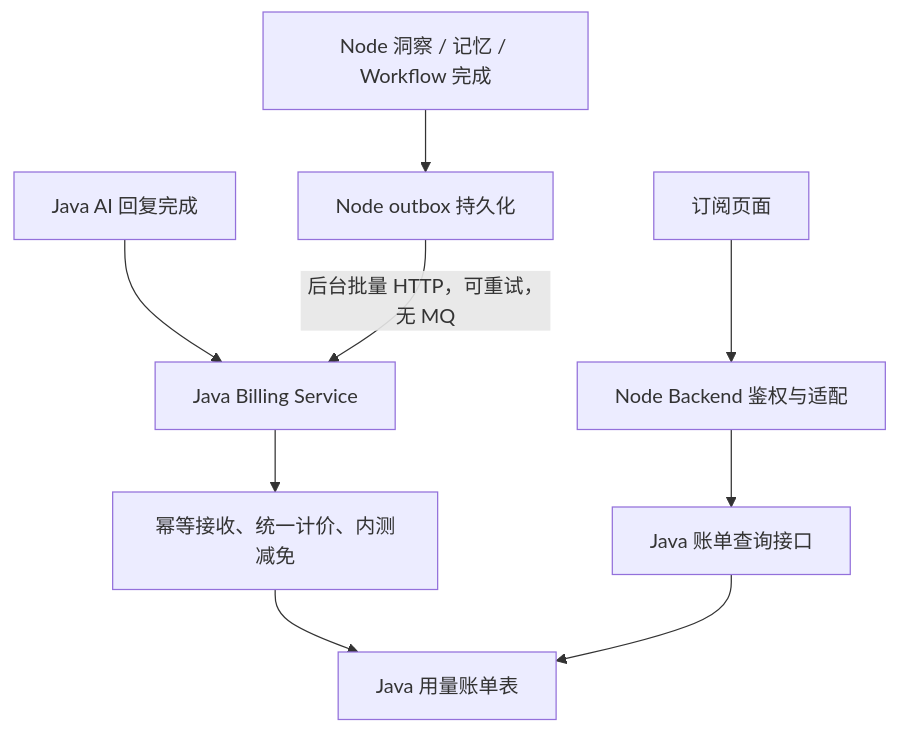
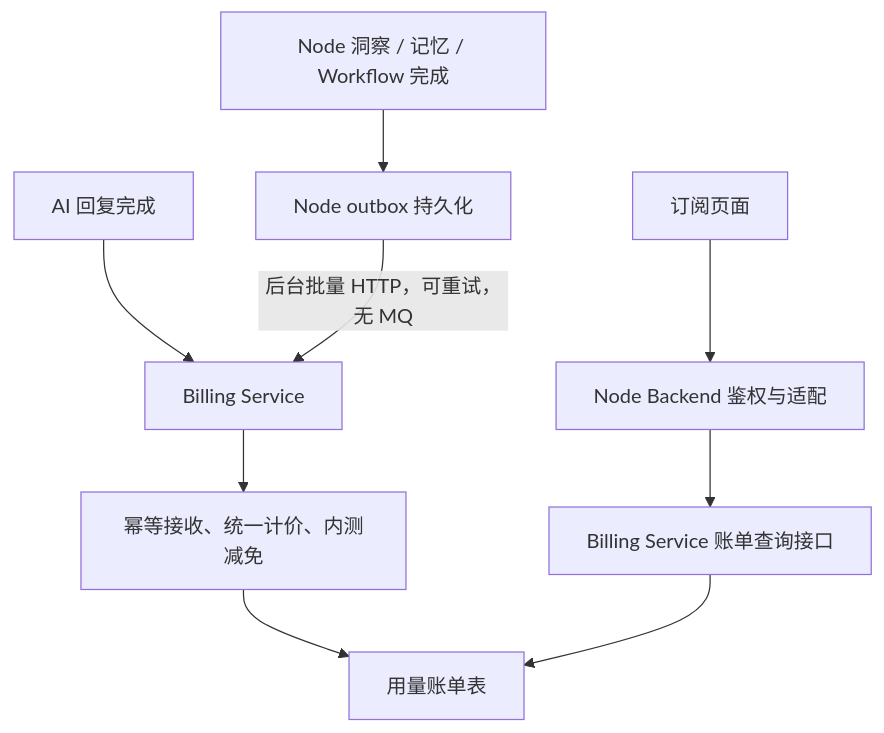
Before and after one commit to dtminds/ChatAI: the diagram in docs/product/monetization/2026-09-09-ai-credit-billing-alignment.md, drawn with Mermaid. The commit also changed other lines of this file and 3 other files, not shown here.

````diff
--- a/docs/product/monetization/2026-09-09-ai-credit-billing-alignment.md
+++ b/docs/product/monetization/2026-09-09-ai-credit-billing-alignment.md
@@ -47,11 +47,11 @@
 ```mermaid
 flowchart TD
-    A[Java AI 回复完成] --> D[Java Billing Service]
+    A[AI 回复完成] --> D[Billing Service]
     B[Node 洞察 / 记忆 / Workflow 完成] --> C[Node outbox 持久化]
     C -->|后台批量 HTTP，可重试，无 MQ| D
     D --> E[幂等接收、统一计价、内测减免]
-    E --> F[Java 用量账单表]
+    E --> F[用量账单表]
     G[订阅页面] --> H[Node Backend 鉴权与适配]
-    H --> I[Java 账单查询接口]
+    H --> I[Billing Service 账单查询接口]
     I --> F
 ```
````
